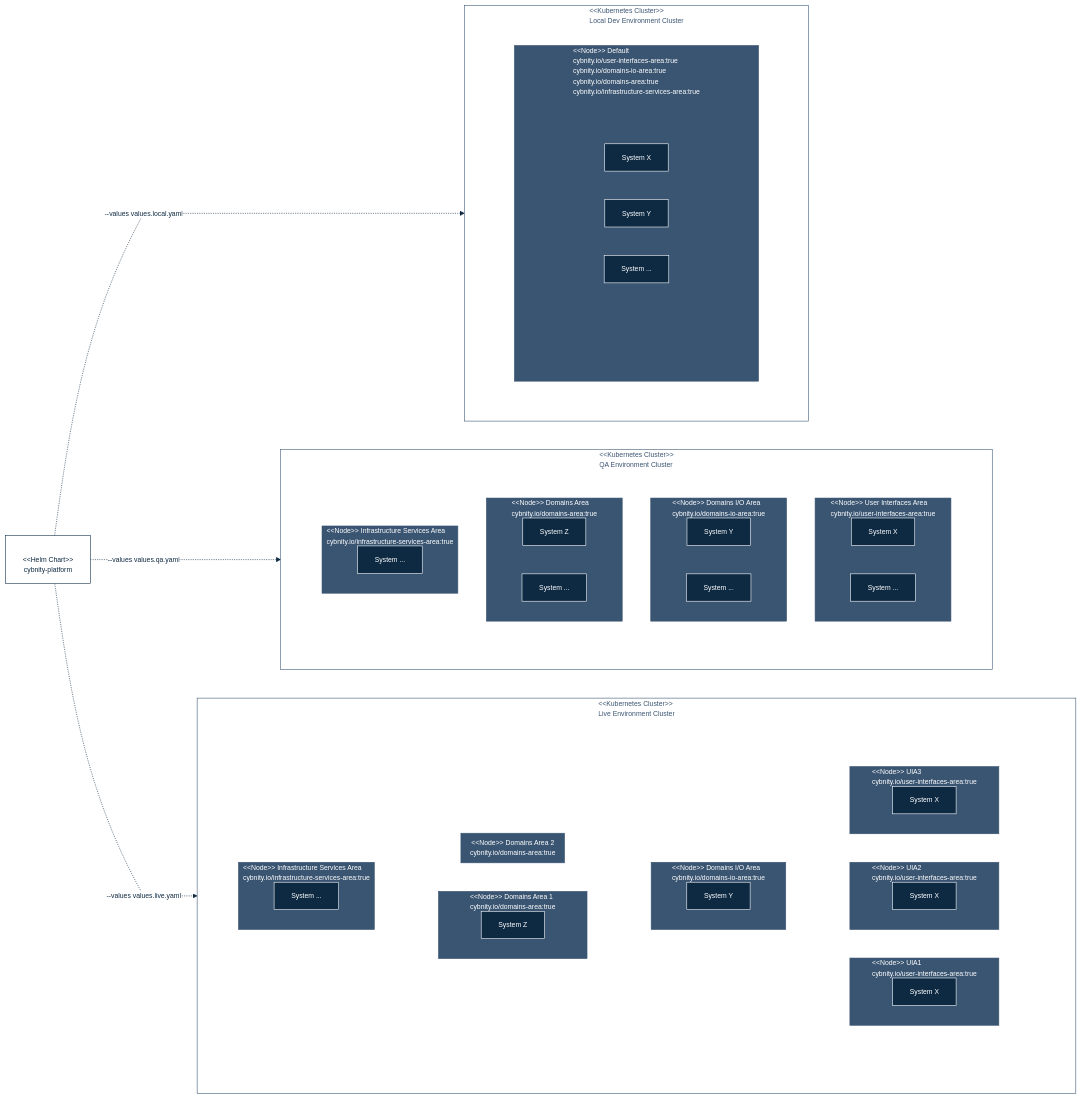
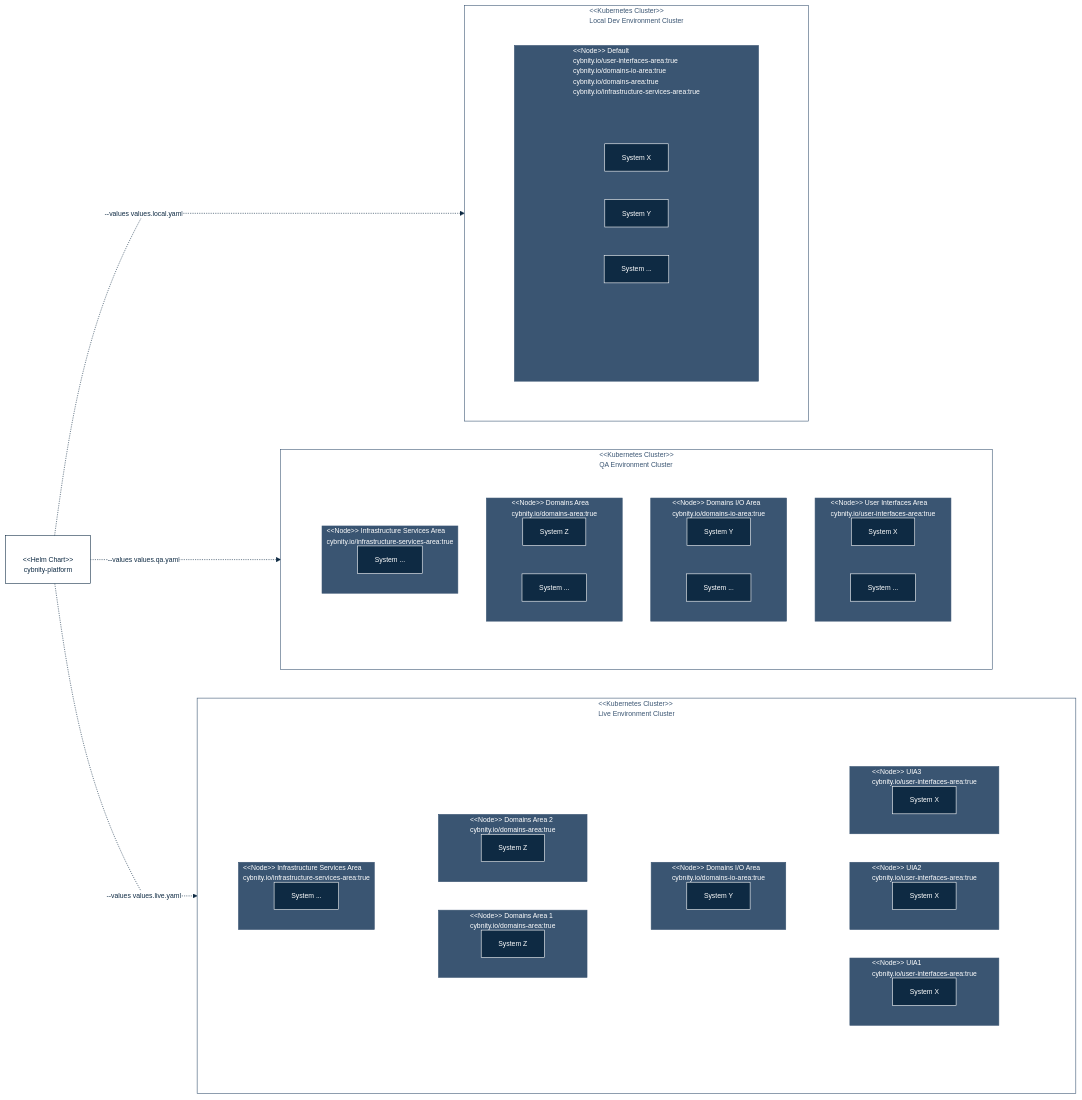
The first of 2 diagrams in cybnity-platform/README.md (doneisgood/iac-helm-charts), drawn with Mermaid before and after one commit.

````diff
--- a/cybnity-platform/README.md
+++ b/cybnity-platform/README.md
@@ -172,7 +172,7 @@
             end
             subgraph da31[" #60;#60;Node#62;#62; Domains Area 2 \n cybnity.io/domains-area:true"]
                   direction LR
-                  systemz3["System Z"]
+                  systemz31["System Z"]
             end
          end
          subgraph is3[" #60;#60;Node#62;#62; Infrastructure Services Area \n cybnity.io/infrastructure-services-area:true"]
@@ -192,7 +192,7 @@
   classDef transparent fill:#00000000, stroke:#00000000
   class clusterlocal,clusterqa,clusterprod medium;
   class is3,da3,da31,dio3,ui3,ui31,ui311,is2,da2,dio2,ui2,unique1 mediumfill;
-  class systemx,systemy,systemz,systemx2,systemx2next,systemy2,systemy2next,systemz2,systemz2next,systems2,systemx3,systemx31,systemx311,systemy3,systemz3,systems3 dark;
+  class systemx,systemy,systemz,systemx2,systemx2next,systemy2,systemy2next,systemz2,systemz2next,systems2,systemx3,systemx31,systemx311,systemy3,systemz3,systemz31,systems3 dark;
   class layercomponents1,layercomponents2,layerset31,layerset32 transparent;
 
 ```
````
